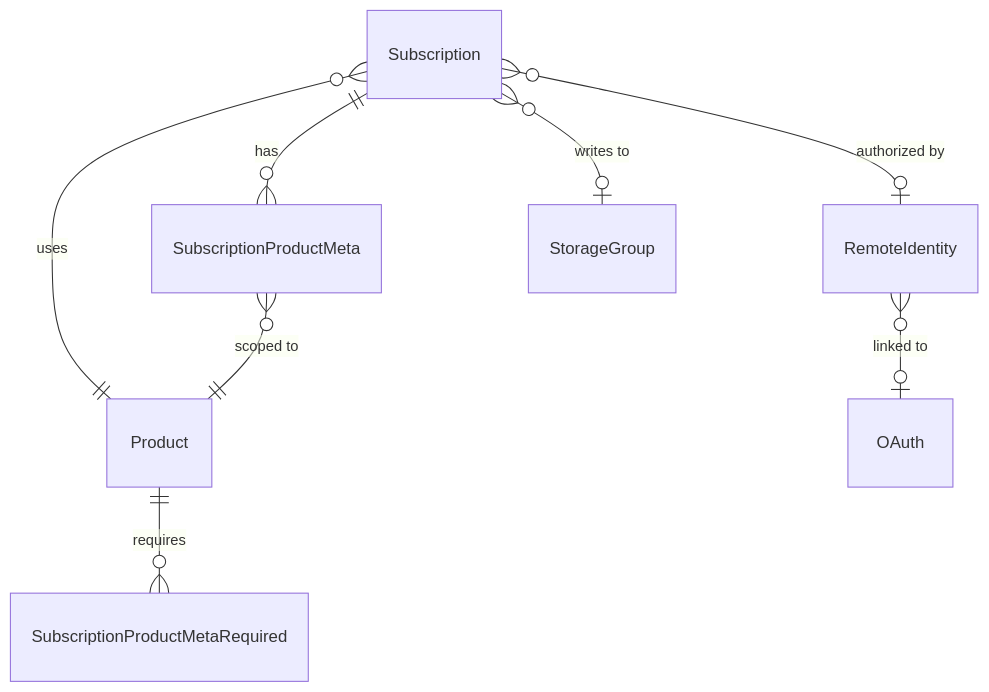
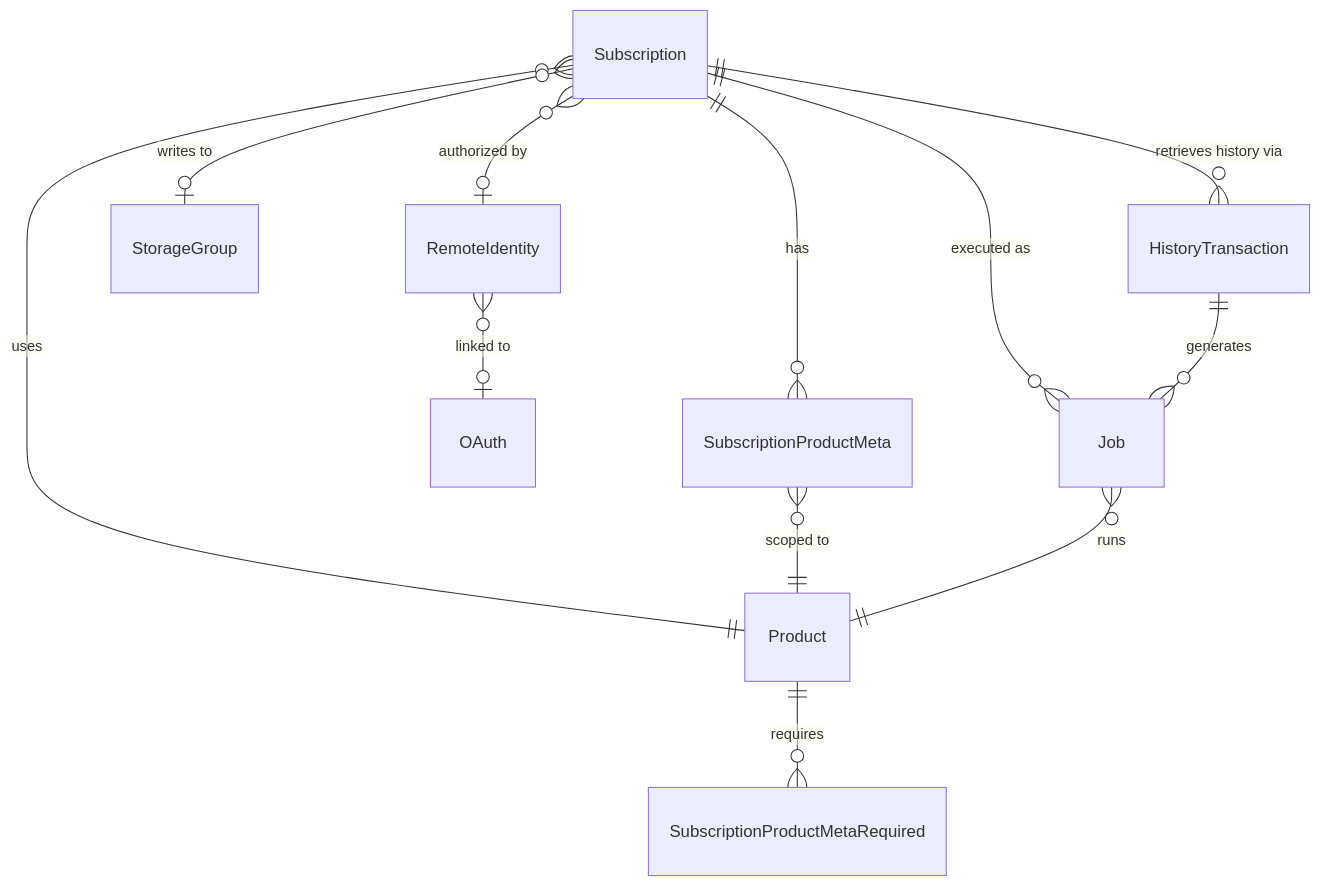
Before and after one commit to openbridge/embedded-api: the diagram in api-usage-docs/data-model.md, drawn with Mermaid. The commit also changed other lines of this file, not shown here.

Commit message:
add Job and History sections to the data model

````diff
--- a/api-usage-docs/data-model.md
+++ b/api-usage-docs/data-model.md
@@ -19,10 +19,14 @@
 ```mermaid
 erDiagram
     Subscription ||--o{ SubscriptionProductMeta : "has"
     Subscription }o--|| Product : "uses"
     Subscription }o--o| RemoteIdentity : "authorized by"
     Subscription }o--o| StorageGroup : "writes to"
     RemoteIdentity }o--o| OAuth : "linked to"
     Product ||--o{ SubscriptionProductMetaRequired : "requires"
     SubscriptionProductMeta }o--|| Product : "scoped to"
+    Subscription ||--o{ Job : "executed as"
+    Job }o--|| Product : "runs"
+    Subscription ||--o{ HistoryTransaction : "retrieves history via"
+    HistoryTransaction ||--o{ Job : "generates"
 ```
````
